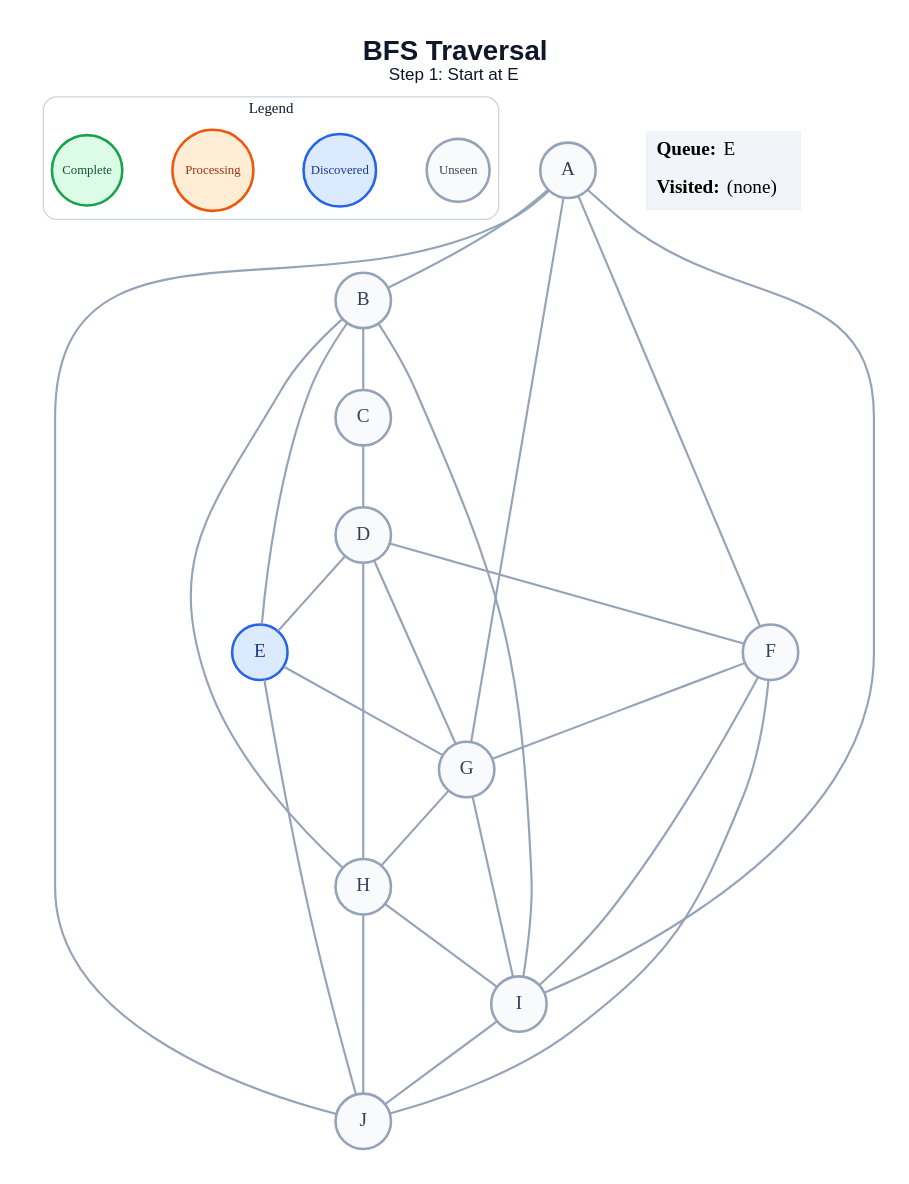
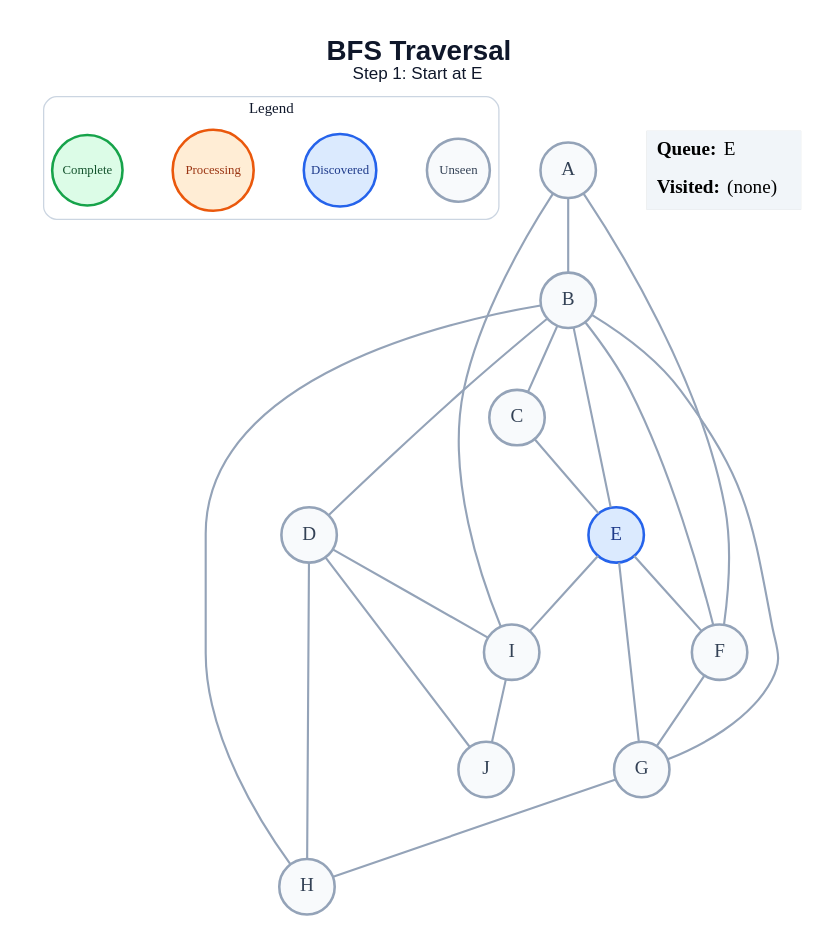
One commit to amanghodawala9/ai-slop changed the diagram in generated/specific-node/bfs/step_01.dot. Above: the diagram before and after it, drawn with Graphviz. The commit also changed 178 other files, not shown here.

```diff
--- a/generated/specific-node/bfs/step_01.dot
+++ b/generated/specific-node/bfs/step_01.dot
@@ -1,53 +1,48 @@
 graph traversal {
   graph [layout=dot, rankdir=TB, bgcolor="#FFFFFF", pad="0.35", nodesep="0.65", ranksep="0.8", fontname="Arial"];
   node [shape=circle, style="filled", fontname="Arial Bold", fontsize=18, width=0.72, fixedsize=true, penwidth=2.4];
   edge [color="#94A3B8", penwidth=2.0];
   label=<<B>BFS Traversal</B><BR/><FONT POINT-SIZE="16">Step 1: Start at E</FONT>>; labelloc="t"; fontsize=26; fontname="Arial"; fontcolor="#0F172A";
   subgraph cluster_legend { label="Legend"; color="#CBD5E1"; penwidth=1.2; style="rounded"; fontsize=14; fontname="Arial Bold";
     key_unseen [label="Unseen", fillcolor="#F8FAFC", color="#94A3B8", fontcolor="#334155", fontsize=12, width=0.82];
     key_frontier [label="Discovered", fillcolor="#DBEAFE", color="#2563EB", fontcolor="#1E3A8A", fontsize=12, width=0.95];
     key_current [label="Processing", fillcolor="#FFEDD5", color="#EA580C", fontcolor="#9A3412", fontsize=12, width=1.05];
     key_done [label="Complete", fillcolor="#DCFCE7", color="#16A34A", fontcolor="#14532D", fontsize=12, width=0.92];
     { rank=same; key_unseen; key_frontier; key_current; key_done; }
   }
   A [fillcolor="#F8FAFC", color="#94A3B8", fontcolor="#334155"];
   B [fillcolor="#F8FAFC", color="#94A3B8", fontcolor="#334155"];
   C [fillcolor="#F8FAFC", color="#94A3B8", fontcolor="#334155"];
   D [fillcolor="#F8FAFC", color="#94A3B8", fontcolor="#334155"];
   E [fillcolor="#DBEAFE", color="#2563EB", fontcolor="#1E3A8A"];
   F [fillcolor="#F8FAFC", color="#94A3B8", fontcolor="#334155"];
   G [fillcolor="#F8FAFC", color="#94A3B8", fontcolor="#334155"];
   H [fillcolor="#F8FAFC", color="#94A3B8", fontcolor="#334155"];
   I [fillcolor="#F8FAFC", color="#94A3B8", fontcolor="#334155"];
   J [fillcolor="#F8FAFC", color="#94A3B8", fontcolor="#334155"];
   A -- B;
   A -- F;
-  A -- G;
   A -- I;
-  A -- J;
   B -- C;
+  B -- D;
   B -- E;
+  B -- F;
+  B -- G;
   B -- H;
-  B -- I;
-  C -- D;
-  D -- E;
-  D -- F;
-  D -- G;
+  C -- E;
   D -- H;
+  D -- I;
+  D -- J;
+  E -- F;
   E -- G;
-  E -- J;
+  E -- I;
   F -- G;
-  F -- I;
-  F -- J;
   G -- H;
-  G -- I;
-  H -- I;
-  H -- J;
   I -- J;
   status [shape=plain, fixedsize=false, width=0, height=0, margin=0, label=<
     <TABLE BORDER="0" CELLBORDER="0" CELLPADDING="7" BGCOLOR="#F1F5F9">
       <TR><TD ALIGN="LEFT"><B>Queue:</B> E</TD></TR>
       <TR><TD ALIGN="LEFT"><B>Visited:</B> (none)</TD></TR>
     </TABLE>
   >];
 }
```
